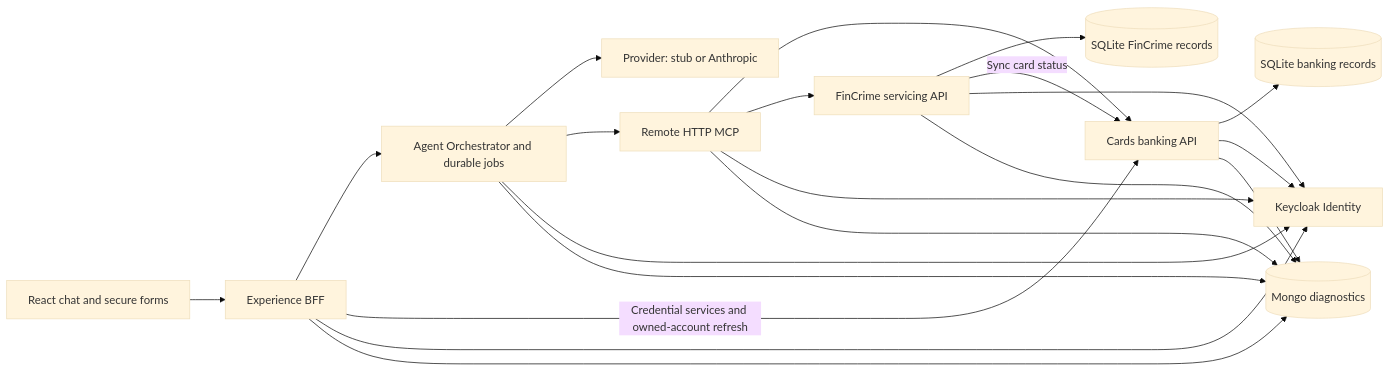
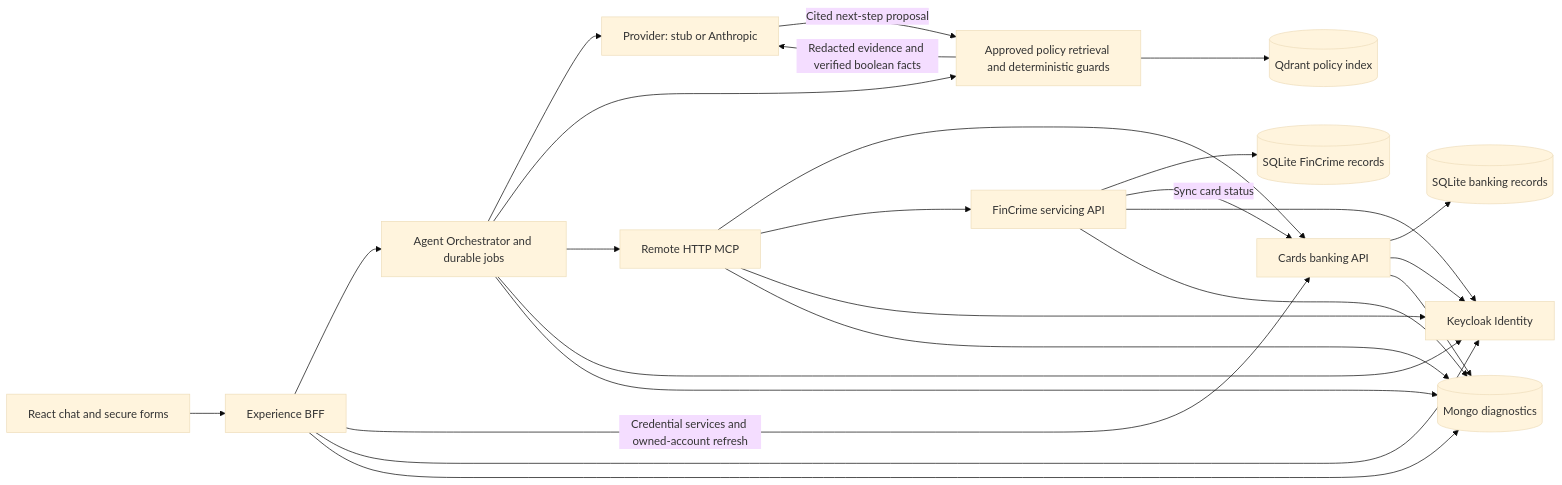
The first of 2 diagrams in docs/architecture.md (kishoreakaveeti/CardServicing), drawn with Mermaid (base theme) before and after one commit. The commit also changed other lines of this file and 22 other files, not shown here.

````diff
--- a/docs/architecture.md
+++ b/docs/architecture.md
@@ -9,23 +14,27 @@
 ```mermaid
 flowchart LR
     U[React chat and secure forms] --> B[Experience BFF]
     B --> A[Agent Orchestrator and durable jobs]
     A --> L[Provider: stub or Anthropic]
+    A --> P[Approved policy retrieval and deterministic guards]
+    P --> Q[(Qdrant policy index)]
+    P -->|Redacted evidence and verified boolean facts| L
+    L -->|Cited next-step proposal| P
     A --> M[Remote HTTP MCP]
     M --> C[Cards banking API]
     M --> FC[FinCrime servicing API]
     B -->|Credential services and owned-account refresh| C
     C --> S[(SQLite banking records)]
     FC --> FS[(SQLite FinCrime records)]
     FC -->|Sync card status| C
     B --> I[Keycloak Identity]
     A --> I
     M --> I
     C --> I
     FC --> I
     B --> D[(Mongo diagnostics)]
     A --> D
     M --> D
     C --> D
     FC --> D
 ```
````
